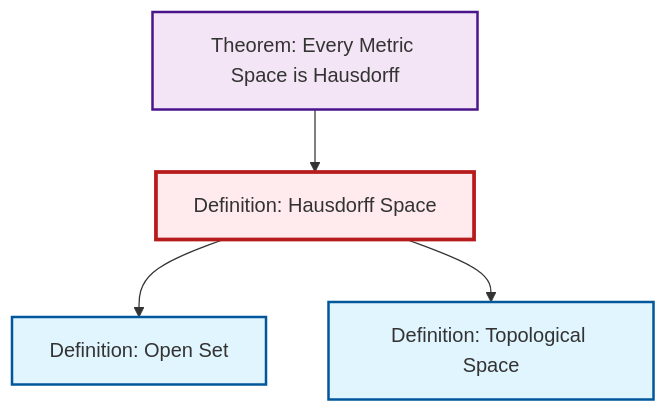
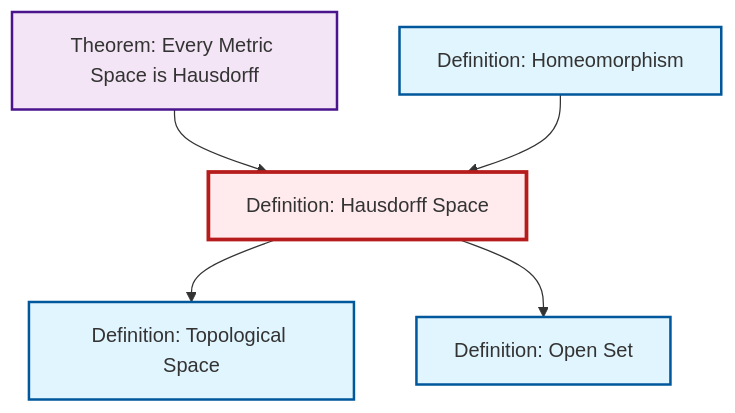
The diagram in content/ja/topology/def-hausdorff.qmd (RK0429/ModernMath), drawn with Mermaid before and after one commit. The commit also changed 474 other files, not shown here.

````diff
--- a/content/ja/topology/def-hausdorff.qmd
+++ b/content/ja/topology/def-hausdorff.qmd
@@ -54,20 +54,23 @@
 ```{mermaid}
 %%| fig-cap: "Local dependency graph"
 graph TD
     classDef definition fill:#e1f5fe,stroke:#01579b,stroke-width:2px
     classDef theorem fill:#f3e5f5,stroke:#4a148c,stroke-width:2px
     classDef axiom fill:#fff3e0,stroke:#e65100,stroke-width:2px
     classDef example fill:#e8f5e9,stroke:#1b5e20,stroke-width:2px
     classDef current fill:#ffebee,stroke:#b71c1c,stroke-width:3px
+    thm-metric-hausdorff["Theorem: Every Metric Space is Hausdorff"]:::theorem
+    def-open-set["Definition: Open Set"]:::definition
+    def-homeomorphism["Definition: Homeomorphism"]:::definition
     def-topological-space["Definition: Topological Space"]:::definition
-    thm-metric-hausdorff["Theorem: Every Metric Space is Hausdorff"]:::theorem
     def-hausdorff["Definition: Hausdorff Space"]:::definition
-    def-open-set["Definition: Open Set"]:::definition
+    def-hausdorff --> def-topological-space
     def-hausdorff --> def-open-set
     thm-metric-hausdorff --> def-hausdorff
-    def-hausdorff --> def-topological-space
+    def-homeomorphism --> def-hausdorff
     class def-hausdorff current
-    click def-topological-space "def-topological-space.html" "Definition: Topological Spaceへ"
     click thm-metric-hausdorff "thm-metric-hausdorff.html" "Theorem: Every Metric Space is Hausdorffへ"
     click def-open-set "def-open-set.html" "Definition: Open Setへ"
+    click def-homeomorphism "def-homeomorphism.html" "Definition: Homeomorphismへ"
+    click def-topological-space "def-topological-space.html" "Definition: Topological Spaceへ"
 ```
````
